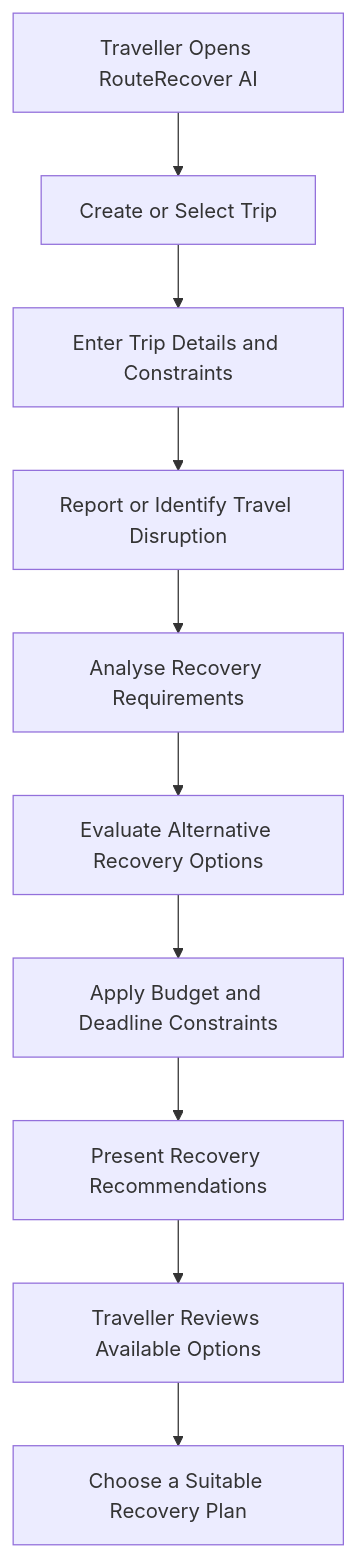
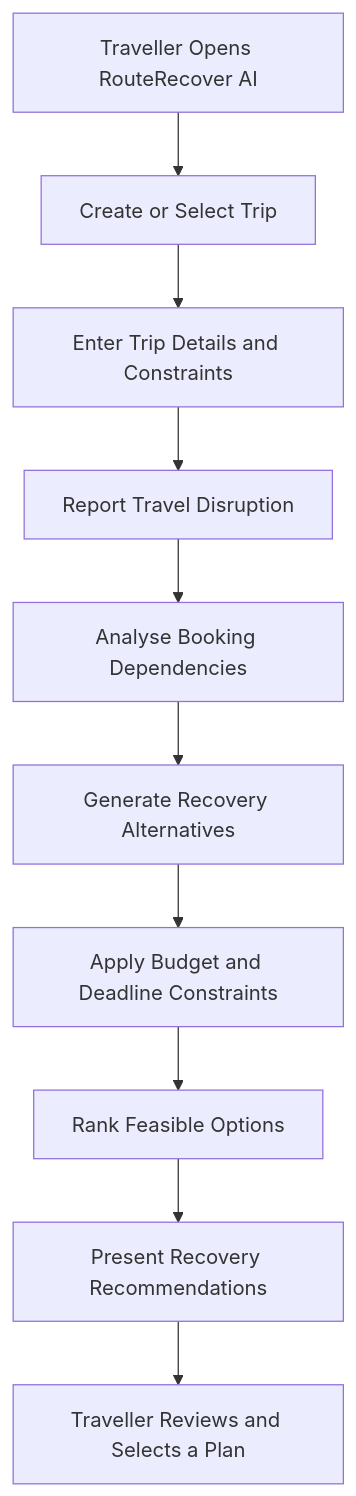
The first of 2 diagrams in README.md (abhisheksuvarna782-coder/SAHYADRI-HAKATHON), drawn with Mermaid before and after one commit. The commit also changed other lines of this file, not shown here.

````diff
--- a/README.md
+++ b/README.md
@@ -62,12 +69,12 @@
 ```mermaid
 flowchart TD
     A[Traveller Opens RouteRecover AI] --> B[Create or Select Trip]
     B --> C[Enter Trip Details and Constraints]
-    C --> D[Report or Identify Travel Disruption]
-    D --> E[Analyse Recovery Requirements]
-    E --> F[Evaluate Alternative Recovery Options]
+    C --> D[Report Travel Disruption]
+    D --> E[Analyse Booking Dependencies]
+    E --> F[Generate Recovery Alternatives]
     F --> G[Apply Budget and Deadline Constraints]
-    G --> H[Present Recovery Recommendations]
-    H --> I[Traveller Reviews Available Options]
-    I --> J[Choose a Suitable Recovery Plan]
+    G --> H[Rank Feasible Options]
+    H --> I[Present Recovery Recommendations]
+    I --> J[Traveller Reviews and Selects a Plan]
 ```
````
